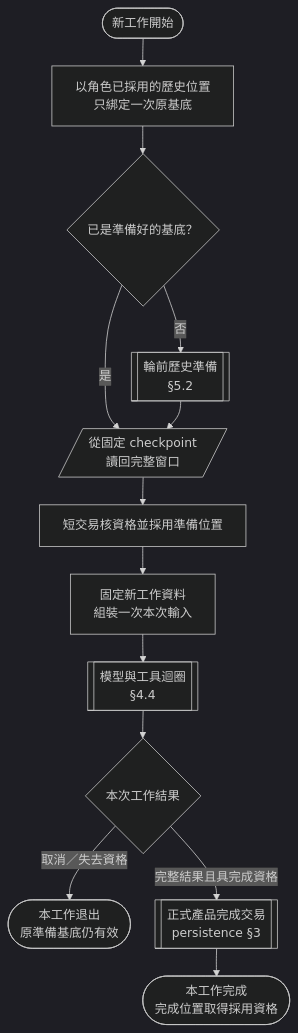
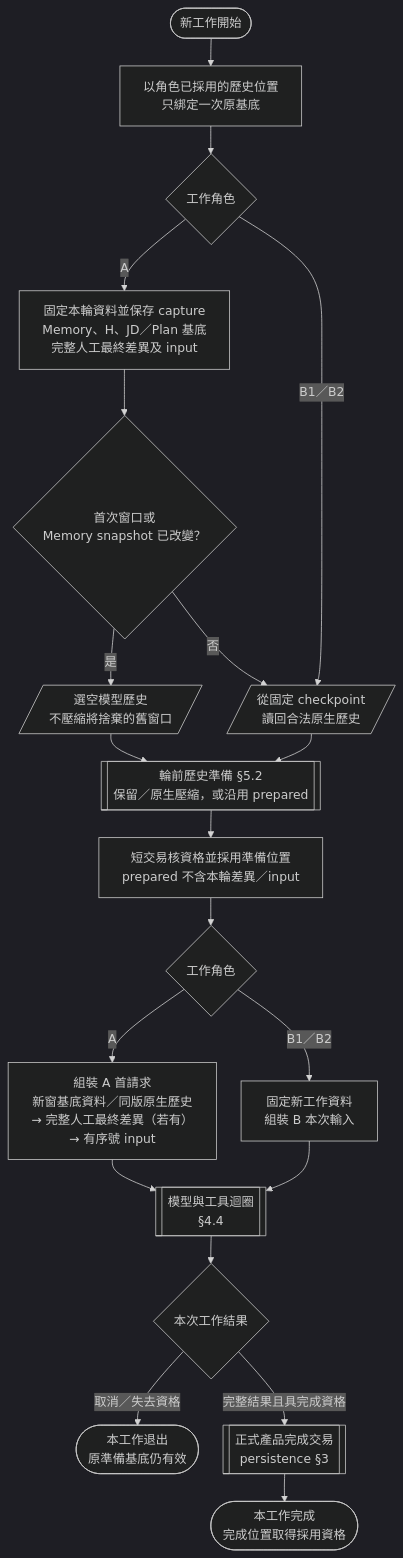
The diagram in docs/diagrams/implementation/agent-execution/history-adoption.mmd (JD-Consultant/Caliburn), drawn with Mermaid (dark theme) before and after one commit. The commit also changed 920 other files, not shown here.

```diff
--- a/docs/diagrams/implementation/agent-execution/history-adoption.mmd
+++ b/docs/diagrams/implementation/agent-execution/history-adoption.mmd
@@ -1,16 +1,23 @@
 %% title: 現行流程：跨工作的歷史採用
 %% legend: 膠囊：本圖起訖；矩形：處理；菱形：判斷；平行四邊形：資料交接；雙側線：子流程。
 %%{init: {"flowchart": {"wrappingWidth": 280, "nodeSpacing": 32, "rankSpacing": 36}}}%%
 flowchart TD
     H([新工作開始]) --> B[以角色已採用的歷史位置<br/>只綁定一次原基底]
-    B --> P{已是準備好的基底？}
-    P -->|是| R[/從固定 checkpoint<br/>讀回完整窗口/]
-    P -->|否| C[[輪前歷史準備<br/>§5.2]]
-    C --> R
-    R --> A[短交易核資格並採用準備位置]
-    A --> I[固定新工作資料<br/>組裝一次本次輸入]
+    B --> K{工作角色}
+    K -->|A| T[固定本輪資料並保存 capture<br/>Memory、H、JD／Plan 基底<br/>完整人工最終差異及 input]
+    T --> N{首次窗口或<br/>Memory snapshot 已改變？}
+    N -->|是| E[/選空模型歷史<br/>不壓縮將捨棄的舊窗口/]
+    N -->|否| R[/從固定 checkpoint<br/>讀回合法原生歷史/]
+    K -->|B1／B2| R
+    E --> C[[輪前歷史準備 §5.2<br/>保留／原生壓縮，或沿用 prepared]]
+    R --> C
+    C --> A[短交易核資格並採用準備位置<br/>prepared 不含本輪差異／input]
+    A --> V{工作角色}
+    V -->|A| I[組裝 A 首請求<br/>新窗基底資料／同版原生歷史<br/>→ 完整人工最終差異（若有）<br/>→ 有序號 input]
+    V -->|B1／B2| J[固定新工作資料<br/>組裝 B 本次輸入]
     I --> G[[模型與工具迴圈<br/>§4.4]]
+    J --> G
     G --> Q{本次工作結果}
     Q -->|取消／失去資格| X([本工作退出<br/>原準備基底仍有效])
     Q -->|完整結果且具完成資格| F[[正式產品完成交易<br/>persistence §3]]
     F --> D([本工作完成<br/>完成位置取得採用資格])
```
